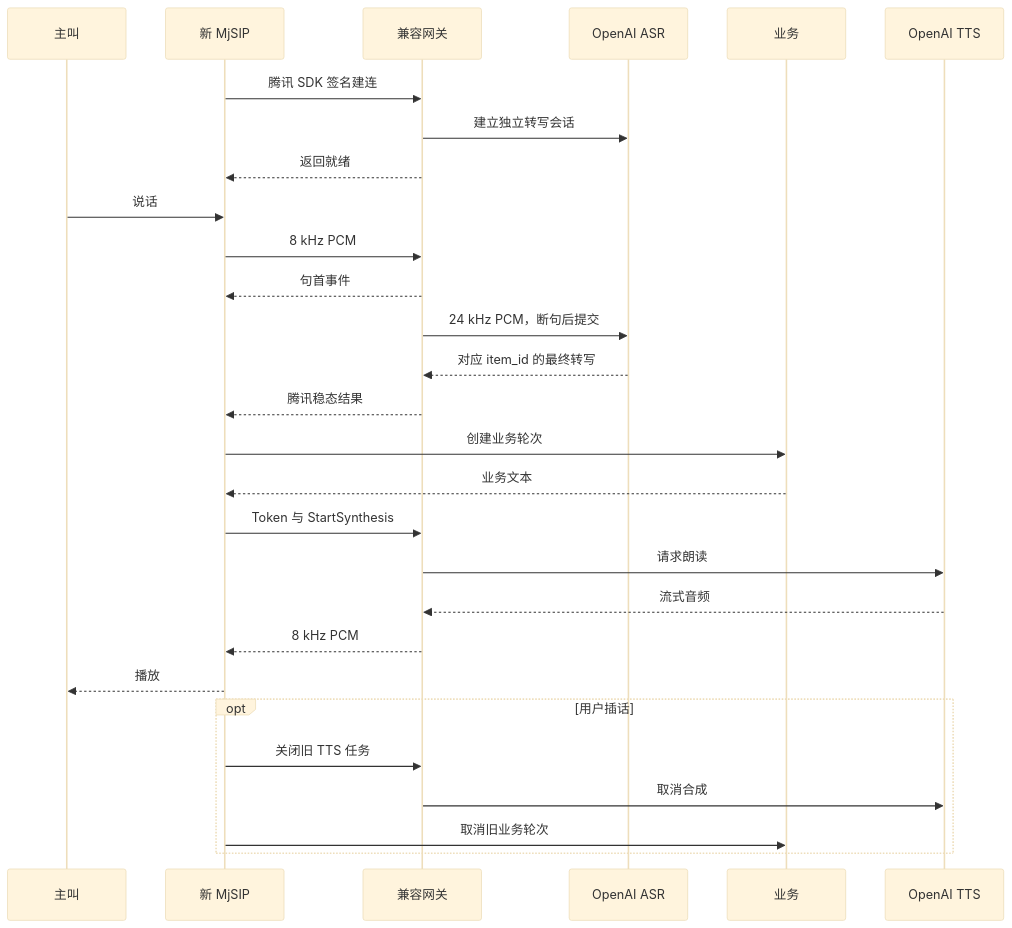
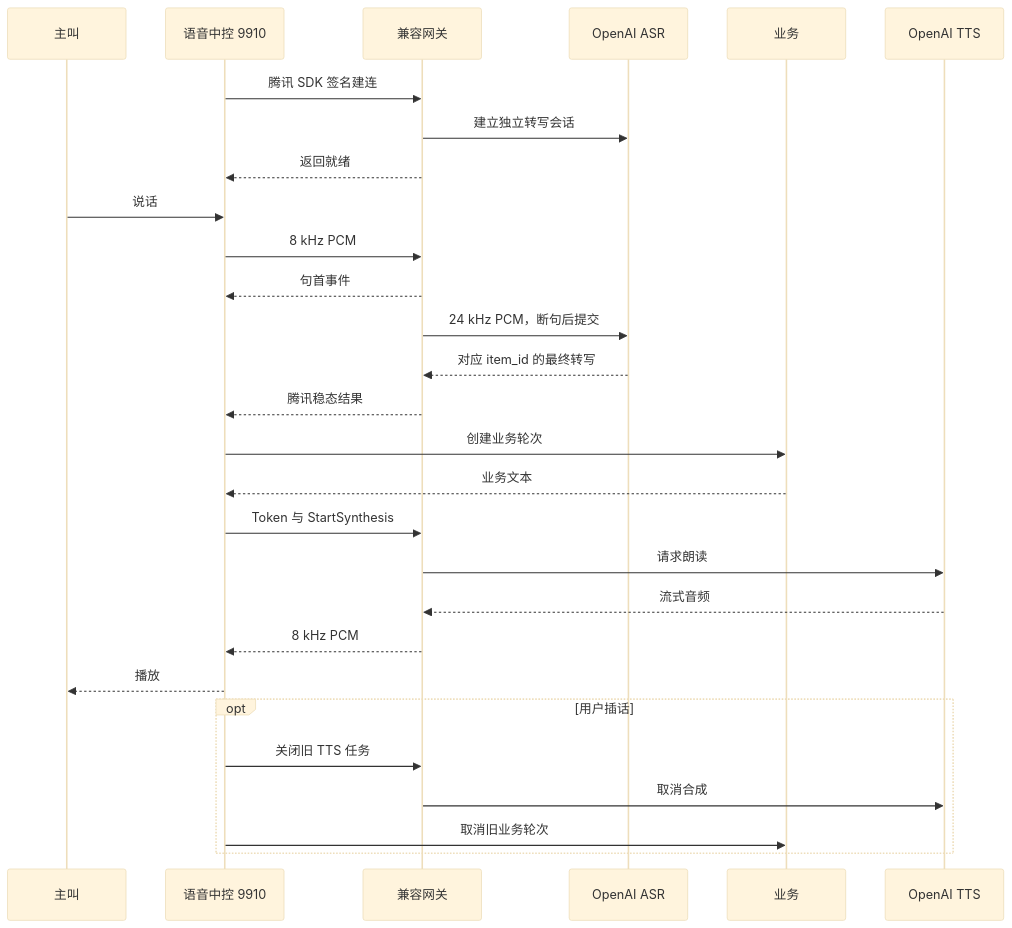
The second of 2 diagrams in README.md (lovezhl456/speech-compat-gateway), drawn with Mermaid (base theme) before and after one commit. The commit also changed other lines of this file and 1 other file, not shown here.

````diff
--- a/README.md
+++ b/README.md
@@ -39,30 +40,30 @@
 ```mermaid
 sequenceDiagram
     participant P as 主叫
-    participant M as 新 MjSIP
+    participant M as 语音中控 9910
     participant C as 兼容网关
     participant A as OpenAI ASR
     participant B as 业务
     participant T as OpenAI TTS
     M->>C: 腾讯 SDK 签名建连
     C->>A: 建立独立转写会话
     C-->>M: 返回就绪
     P->>M: 说话
     M->>C: 8 kHz PCM
     C-->>M: 句首事件
     C->>A: 24 kHz PCM，断句后提交
     A-->>C: 对应 item_id 的最终转写
     C-->>M: 腾讯稳态结果
     M->>B: 创建业务轮次
     B-->>M: 业务文本
     M->>C: Token 与 StartSynthesis
     C->>T: 请求朗读
     T-->>C: 流式音频
     C-->>M: 8 kHz PCM
     M-->>P: 播放
     opt 用户插话
         M->>C: 关闭旧 TTS 任务
         C->>T: 取消合成
         M->>B: 取消旧业务轮次
     end
 ```
````
